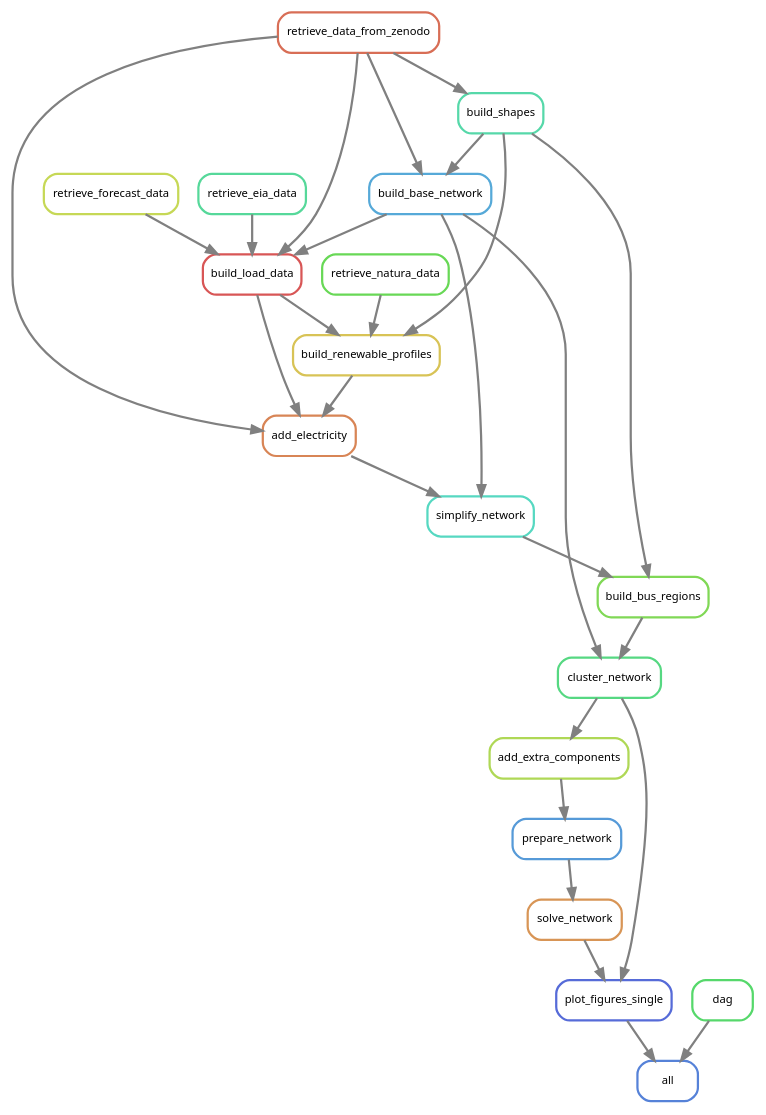
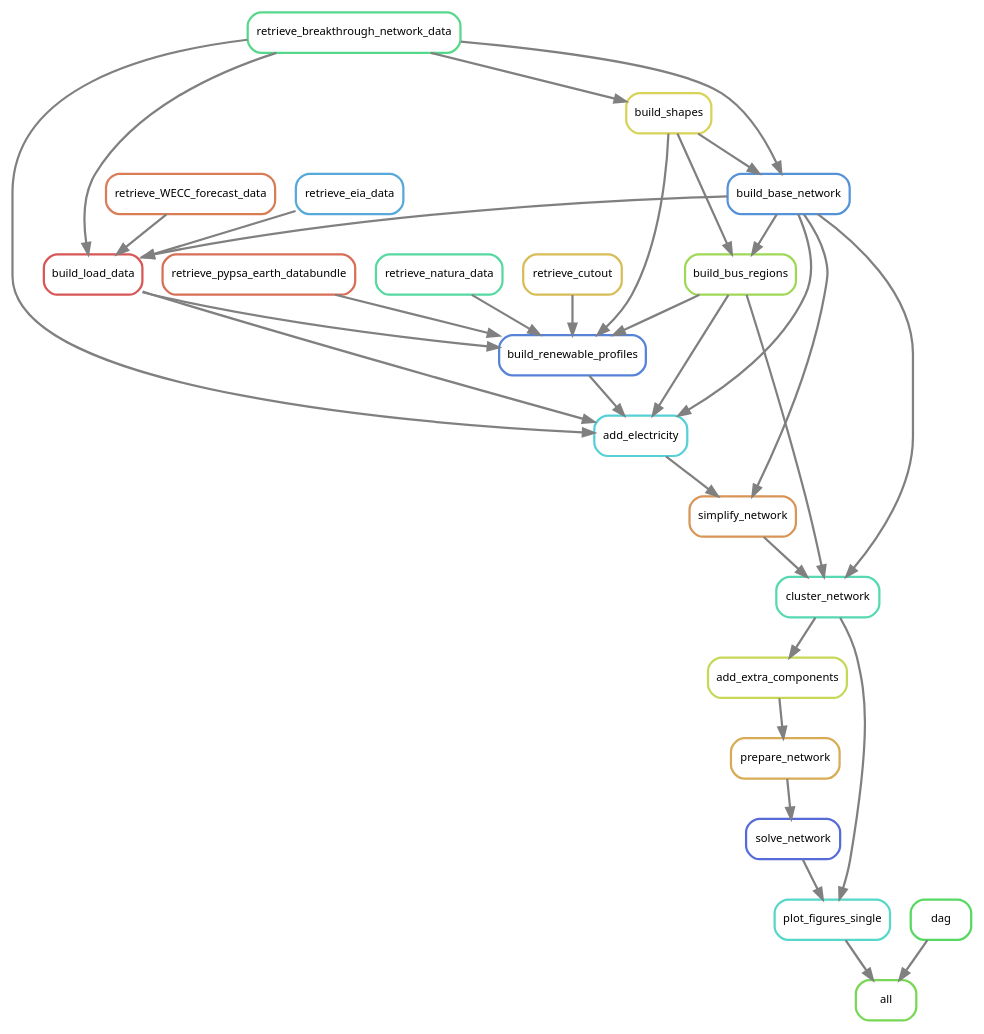
The diagram in workflow/repo_data/dag.dot (PyPSA/pypsa-usa), drawn with Graphviz before and after one commit. The commit also changed 5 other files, not shown here.

```diff
--- a/workflow/repo_data/dag.dot
+++ b/workflow/repo_data/dag.dot
@@ -1,49 +1,57 @@
 digraph snakemake_dag {
     graph[bgcolor=white, margin=0];
     node[shape=box, style=rounded, fontname=sans,                 fontsize=10, penwidth=2];
     edge[penwidth=2, color=grey];
-	0[label = "all", color = "0.61 0.6 0.85", style="rounded"];
-	1[label = "plot_figures_single", color = "0.64 0.6 0.85", style="rounded"];
-	2[label = "solve_network", color = "0.08 0.6 0.85", style="rounded"];
-	3[label = "prepare_network", color = "0.58 0.6 0.85", style="rounded"];
-	4[label = "add_extra_components", color = "0.22 0.6 0.85", style="rounded"];
-	5[label = "cluster_network", color = "0.39 0.6 0.85", style="rounded"];
-	6[label = "build_bus_regions", color = "0.28 0.6 0.85", style="rounded"];
-	7[label = "build_shapes", color = "0.44 0.6 0.85", style="rounded"];
-	8[label = "retrieve_data_from_zenodo", color = "0.03 0.6 0.85", style="rounded"];
-	9[label = "simplify_network", color = "0.47 0.6 0.85", style="rounded"];
-	10[label = "build_base_network", color = "0.56 0.6 0.85", style="rounded"];
-	11[label = "add_electricity", color = "0.06 0.6 0.85", style="rounded"];
-	12[label = "build_renewable_profiles", color = "0.14 0.6 0.85", style="rounded"];
-	13[label = "build_load_data", color = "0.00 0.6 0.85", style="rounded"];
-	14[label = "retrieve_forecast_data", color = "0.19 0.6 0.85", style="rounded"];
-	15[label = "retrieve_eia_data", color = "0.42 0.6 0.85", style="rounded"];
-	16[label = "retrieve_natura_data", color = "0.31 0.6 0.85", style="rounded"];
-	17[label = "dag", color = "0.36 0.6 0.85", style="rounded"];
+	0[label = "all", color = "0.29 0.6 0.85", style="rounded"];
+	1[label = "plot_figures_single", color = "0.48 0.6 0.85", style="rounded"];
+	2[label = "solve_network", color = "0.64 0.6 0.85", style="rounded"];
+	3[label = "prepare_network", color = "0.11 0.6 0.85", style="rounded"];
+	4[label = "add_extra_components", color = "0.19 0.6 0.85", style="rounded"];
+	5[label = "cluster_network", color = "0.45 0.6 0.85", style="rounded"];
+	6[label = "simplify_network", color = "0.08 0.6 0.85", style="rounded"];
+	7[label = "build_base_network", color = "0.59 0.6 0.85", style="rounded"];
+	8[label = "retrieve_breakthrough_network_data", color = "0.40 0.6 0.85", style="rounded"];
+	9[label = "build_shapes", color = "0.16 0.6 0.85", style="rounded"];
+	10[label = "add_electricity", color = "0.51 0.6 0.85", style="rounded"];
+	11[label = "build_renewable_profiles", color = "0.61 0.6 0.85", style="rounded"];
+	12[label = "build_load_data", color = "0.00 0.6 0.85", style="rounded"];
+	13[label = "retrieve_WECC_forecast_data", color = "0.05 0.6 0.85", style="rounded"];
+	14[label = "retrieve_eia_data", color = "0.56 0.6 0.85", style="rounded"];
+	15[label = "retrieve_pypsa_earth_databundle", color = "0.03 0.6 0.85", style="rounded"];
+	16[label = "retrieve_natura_data", color = "0.43 0.6 0.85", style="rounded"];
+	17[label = "build_bus_regions", color = "0.24 0.6 0.85", style="rounded"];
+	18[label = "retrieve_cutout", color = "0.13 0.6 0.85", style="rounded"];
+	19[label = "dag", color = "0.35 0.6 0.85", style="rounded"];
 	1 -> 0
-	17 -> 0
+	19 -> 0
 	5 -> 1
 	2 -> 1
 	3 -> 2
 	4 -> 3
 	5 -> 4
-	10 -> 5
+	17 -> 5
 	6 -> 5
-	9 -> 6
+	7 -> 5
+	10 -> 6
 	7 -> 6
+	9 -> 7
 	8 -> 7
-	11 -> 9
-	10 -> 9
+	8 -> 9
+	12 -> 10
+	8 -> 10
 	7 -> 10
-	8 -> 10
-	13 -> 11
+	17 -> 10
+	11 -> 10
 	12 -> 11
-	8 -> 11
+	18 -> 11
+	16 -> 11
+	15 -> 11
+	9 -> 11
+	17 -> 11
 	13 -> 12
-	16 -> 12
+	8 -> 12
+	14 -> 12
 	7 -> 12
-	15 -> 13
-	10 -> 13
-	14 -> 13
-	8 -> 13
+	9 -> 17
+	7 -> 17
 }            
```
